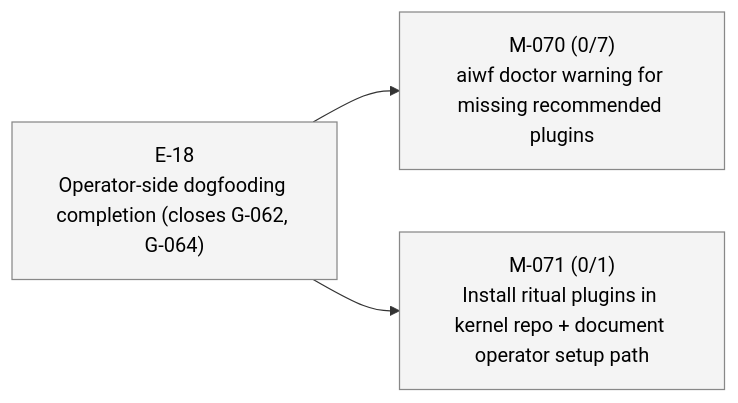
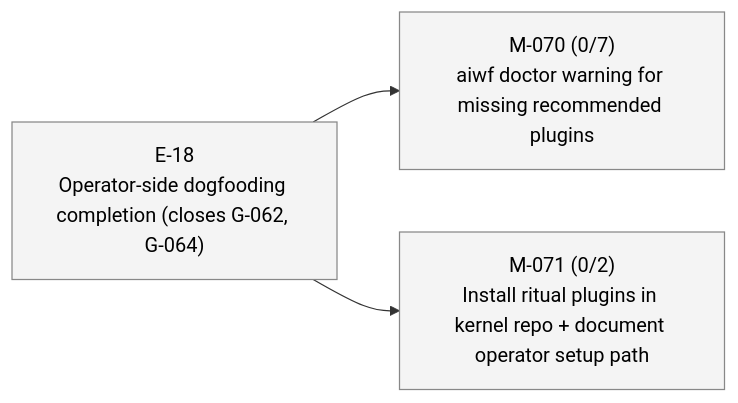
The fourth of 4 diagrams in STATUS.md (23min/aiwf), drawn with Mermaid before and after one commit. The commit also changed other lines of this file and 1 other file, not shown here.

First line of the commit message:
aiwf add ac M-071/AC-2 "Both plugins are installed for this repo's project scope"

````diff
--- a/STATUS.md
+++ b/STATUS.md
@@ -80,14 +80,14 @@
 ```mermaid
 flowchart LR
   E_18["E-18<br/>Operator-side dogfooding completion (closes G-062, G-064)"]:::epic_proposed
   M_070["M-070 (0/7)<br/>aiwf doctor warning for missing recommended plugins"]:::ms_draft
   E_18 --> M_070
-  M_071["M-071 (0/1)<br/>Install ritual plugins in kernel repo + document operator setup path"]:::ms_draft
+  M_071["M-071 (0/2)<br/>Install ritual plugins in kernel repo + document operator setup path"]:::ms_draft
   E_18 --> M_071
   classDef epic_active fill:#d6eaff,stroke:#1a73e8,color:#000
   classDef epic_proposed fill:#f4f4f4,stroke:#888,color:#000
   classDef ms_done fill:#d8f5d8,stroke:#2a8a2a,color:#000
   classDef ms_in_progress fill:#fff3c4,stroke:#caa400,color:#000
   classDef ms_draft fill:#f4f4f4,stroke:#888,color:#000
   classDef ms_cancelled fill:#fbeaea,stroke:#c33,color:#000
 ```
````
